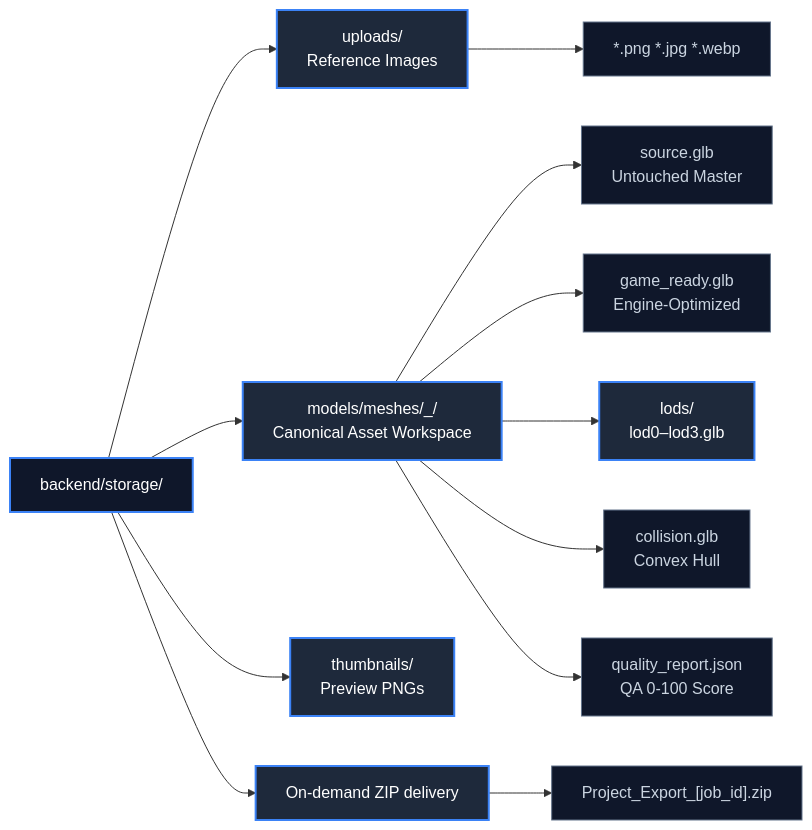
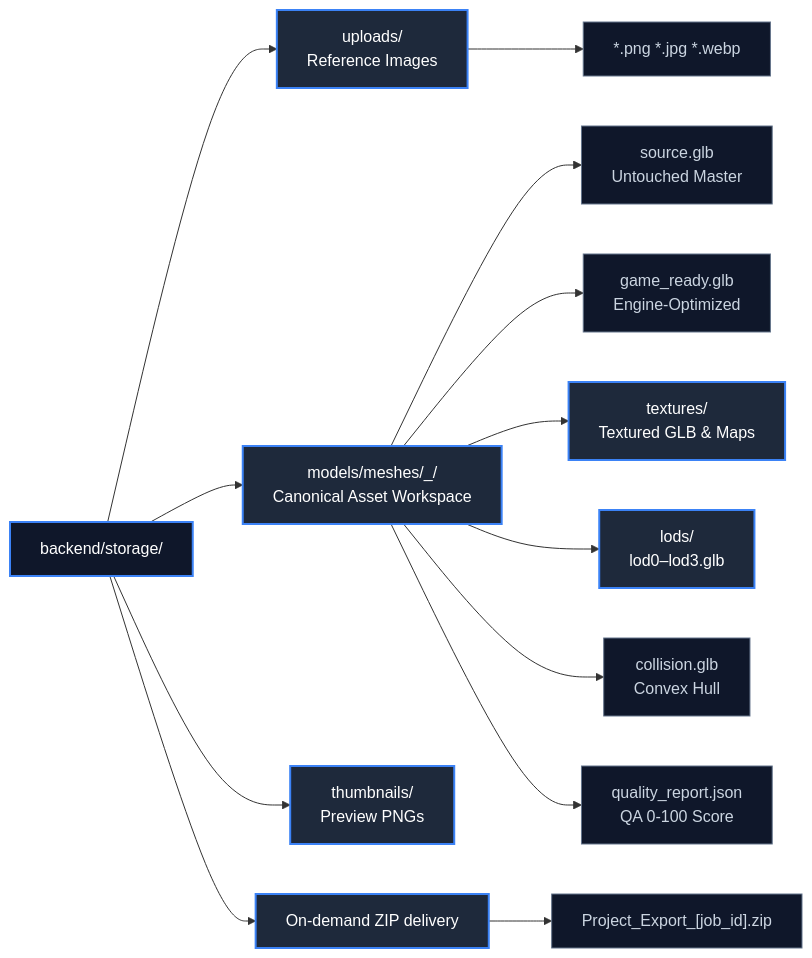
Before and after one commit to Silentzx2/ForMash3D: the third of 4 diagrams in Docs/ARCHITECTURE.md, drawn with Mermaid. The commit also changed other lines of this file and 19 other files, not shown here.

````diff
--- a/Docs/ARCHITECTURE.md
+++ b/Docs/ARCHITECTURE.md
@@ -203,21 +208,22 @@
 ```mermaid
 flowchart LR
     classDef dir fill:#1e293b,stroke:#3b82f6,stroke-width:2px,color:#fff
     classDef file fill:#0f172a,stroke:#64748b,stroke-width:1px,color:#cbd5e1
 
     ROOT["backend/storage/"]:::dir --> UPLOADS["uploads/<br/>Reference Images"]:::dir
     ROOT --> MODELS["models/meshes/<asset_name>_<job_id>/<br/>Canonical Asset Workspace"]:::dir
     ROOT --> THUMBS["thumbnails/<br/>Preview PNGs"]:::dir
     ROOT --> DELIVERY["On-demand ZIP delivery"]:::dir
 
     MODELS --> SRC["source.glb<br/>Untouched Master"]:::file
     MODELS --> GAME["game_ready.glb<br/>Engine-Optimized"]:::file
+    MODELS --> TEX["textures/<br/>Textured GLB & Maps"]:::dir
     MODELS --> LODS["lods/<br/>lod0–lod3.glb"]:::dir
     MODELS --> COL["collision.glb<br/>Convex Hull"]:::file
     MODELS --> QA["quality_report.json<br/>QA 0-100 Score"]:::file
 
     UPLOADS --> IMG["*.png *.jpg *.webp"]:::file
     DELIVERY --> ZIP["Project_Export_[job_id].zip"]:::file
 
     style ROOT fill:#0f172a
 ```
````
